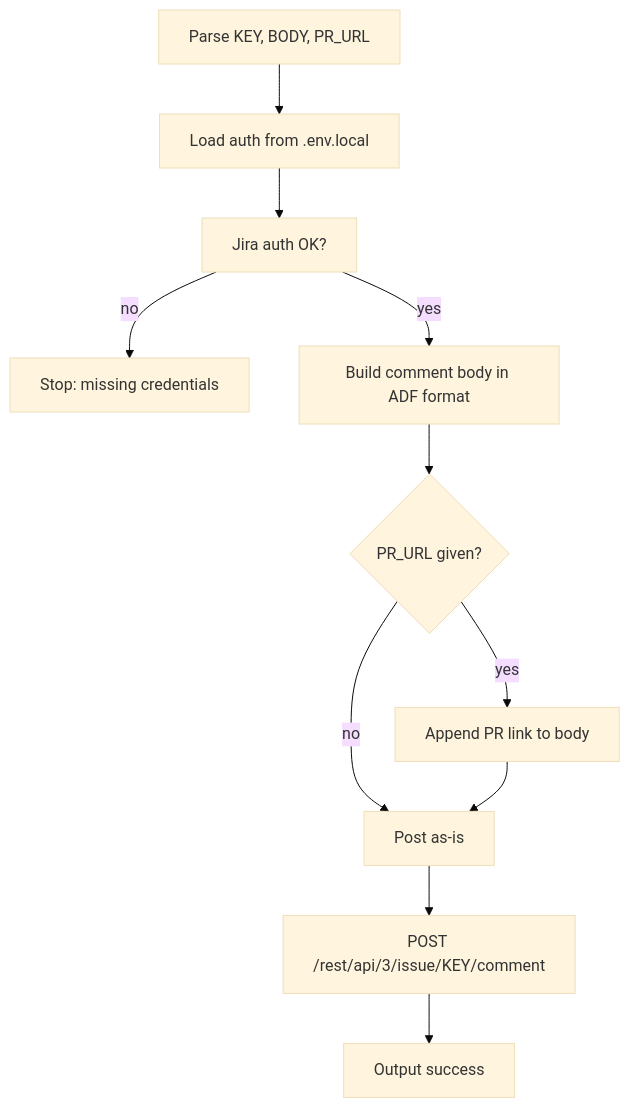
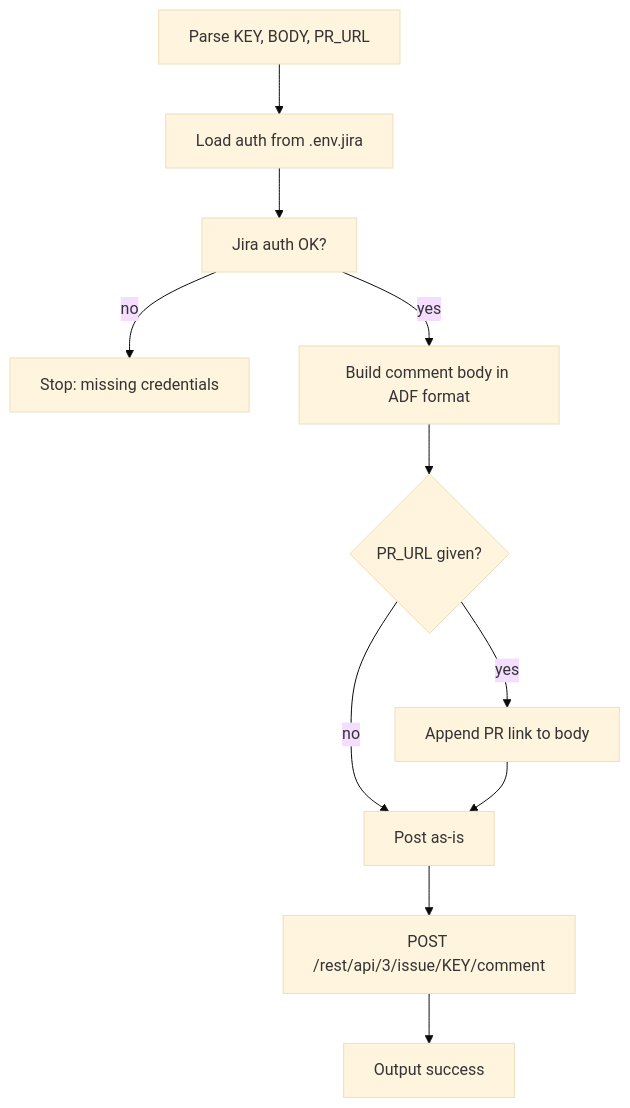
The diagram in .ai/plugins/jiraflow/skills/jira-comment/README.md (manpham-saritasa/devflow), drawn with Mermaid (base theme) before and after one commit. The commit also changed other lines of this file and 54 other files, not shown here.

Commit message:
Refactor rules into .ai/ package, rename .env.local to .env.jira DEV-21

````diff
--- a/.ai/plugins/jiraflow/skills/jira-comment/README.md
+++ b/.ai/plugins/jiraflow/skills/jira-comment/README.md
@@ -24,13 +24,13 @@
 ```mermaid
 flowchart TD
-    A[Parse KEY, BODY, PR_URL] --> B[Load auth from .env.local]
+    A[Parse KEY, BODY, PR_URL] --> B[Load auth from .env.jira]
     B --> C[Jira auth OK?]
     C -->|no| D[Stop: missing credentials]
     C -->|yes| E[Build comment body in ADF format]
     E --> F{PR_URL given?}
     F -->|yes| G[Append PR link to body]
     F -->|no| H[Post as-is]
     G --> H
     H --> I[POST /rest/api/3/issue/KEY/comment]
     I --> J[Output success]
 ```
````
